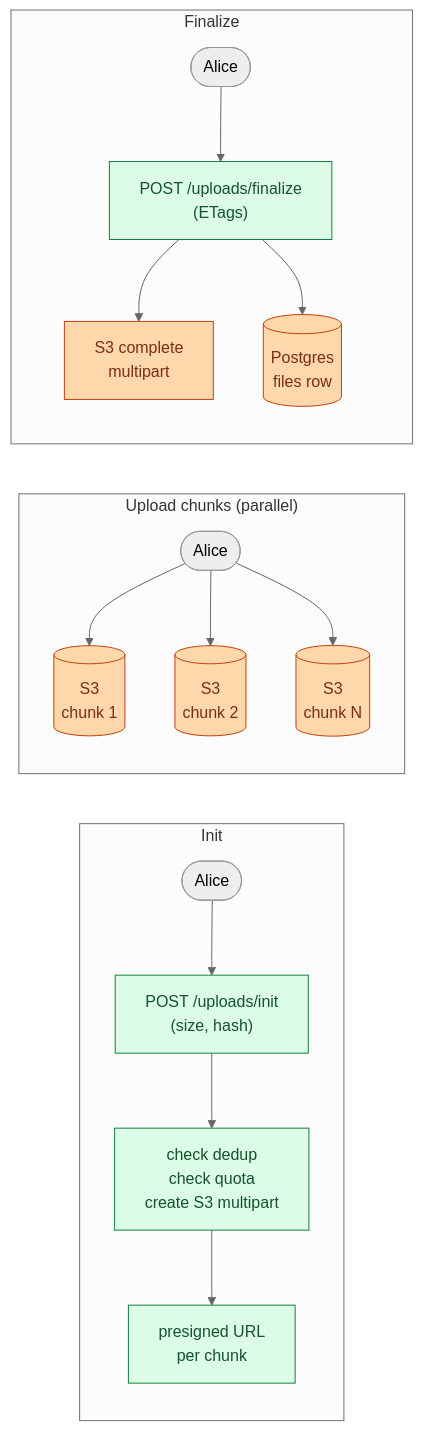
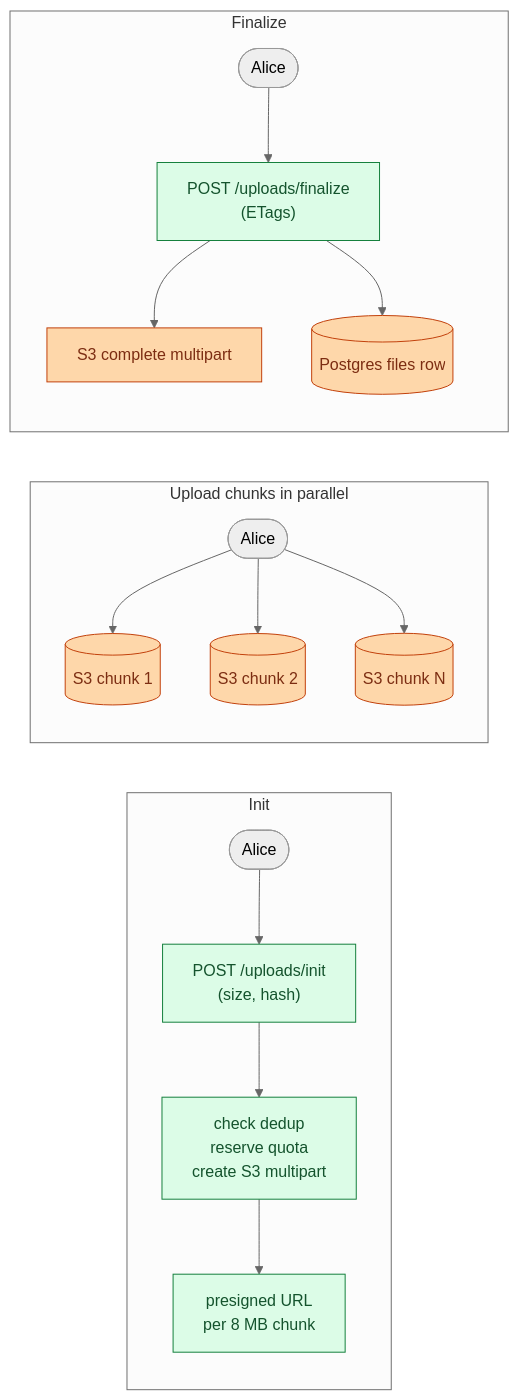
The fifth of 14 diagrams in problems/020-file-upload-share/question.md (shiningflash/system-design), drawn with Mermaid (neutral theme) before and after one commit. The commit also changed other lines of this file and 37 other files, not shown here.

````diff
--- a/problems/020-file-upload-share/question.md
+++ b/problems/020-file-upload-share/question.md
@@ -233,24 +200,24 @@
 ```mermaid
 flowchart LR
     subgraph Phase1["Init"]
         C1([Alice]) --> A1["POST /uploads/init<br/>(size, hash)"]:::app
-        A1 --> B1["check dedup<br/>check quota<br/>create S3 multipart"]:::app
-        B1 --> C2["presigned URL<br/>per chunk"]:::app
+        A1 --> B1["check dedup<br/>reserve quota<br/>create S3 multipart"]:::app
+        B1 --> C2["presigned URL<br/>per 8 MB chunk"]:::app
     end
 
-    subgraph Phase2["Upload chunks (parallel)"]
-        C3([Alice]) --> S3A[("S3<br/>chunk 1")]:::db
-        C3 --> S3B[("S3<br/>chunk 2")]:::db
-        C3 --> S3C[("S3<br/>chunk N")]:::db
+    subgraph Phase2["Upload chunks in parallel"]
+        C3([Alice]) --> S3A[("S3 chunk 1")]:::db
+        C3 --> S3B[("S3 chunk 2")]:::db
+        C3 --> S3C[("S3 chunk N")]:::db
     end
 
     subgraph Phase3["Finalize"]
         C4([Alice]) --> A2["POST /uploads/finalize<br/>(ETags)"]:::app
-        A2 --> S3D["S3 complete<br/>multipart"]:::db
-        A2 --> DB2[("Postgres<br/>files row")]:::db
+        A2 --> S3D["S3 complete multipart"]:::db
+        A2 --> DB2[("Postgres files row")]:::db
     end
 
     classDef user  fill:#dbeafe,stroke:#1e40af,color:#1e3a8a
     classDef app   fill:#dcfce7,stroke:#15803d,color:#14532d
     classDef db    fill:#fed7aa,stroke:#c2410c,color:#7c2d12
 ```
````
